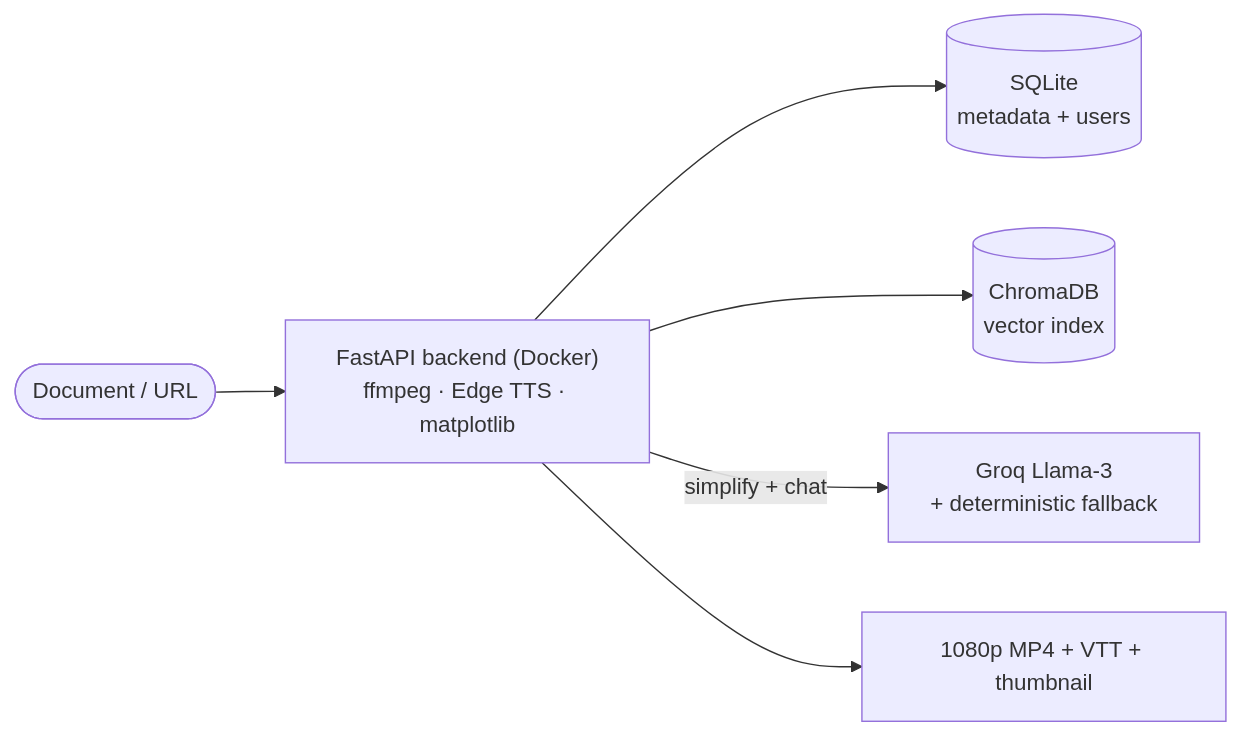
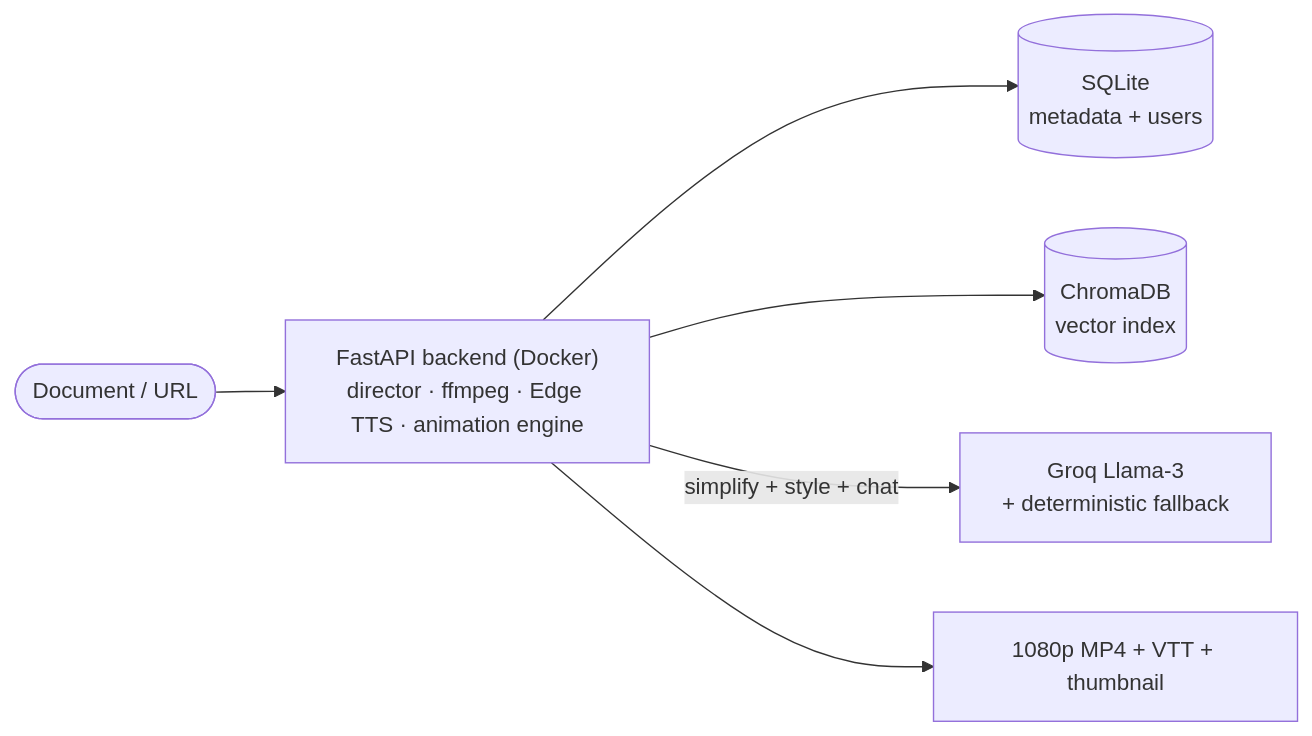
One commit to aritrade/video-nuggets changed the second of 2 diagrams in README.md. Above: the diagram before and after it, drawn with Mermaid. The commit also changed other lines of this file and 5 other files, not shown here.

````diff
--- a/README.md
+++ b/README.md
@@ -54,8 +215,8 @@
 ```mermaid
 flowchart LR
-  doc([Document / URL]) --> be["FastAPI backend (Docker)<br/>ffmpeg · Edge TTS · matplotlib"]
+  doc([Document / URL]) --> be["FastAPI backend (Docker)<br/>director · ffmpeg · Edge TTS · animation engine"]
   be --> db[("SQLite<br/>metadata + users")]
   be --> chroma[("ChromaDB<br/>vector index")]
-  be -->|simplify + chat| groq["Groq Llama-3<br/>+ deterministic fallback"]
+  be -->|simplify + style + chat| groq["Groq Llama-3<br/>+ deterministic fallback"]
   be --> out["1080p MP4 + VTT + thumbnail"]
 ```
````
